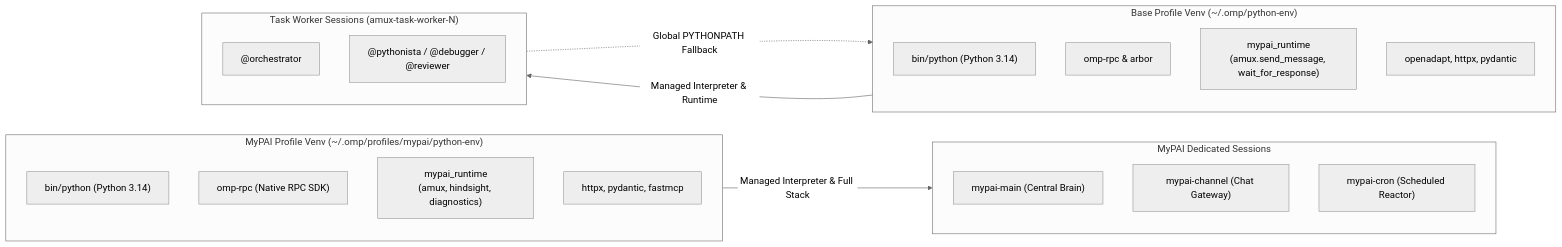
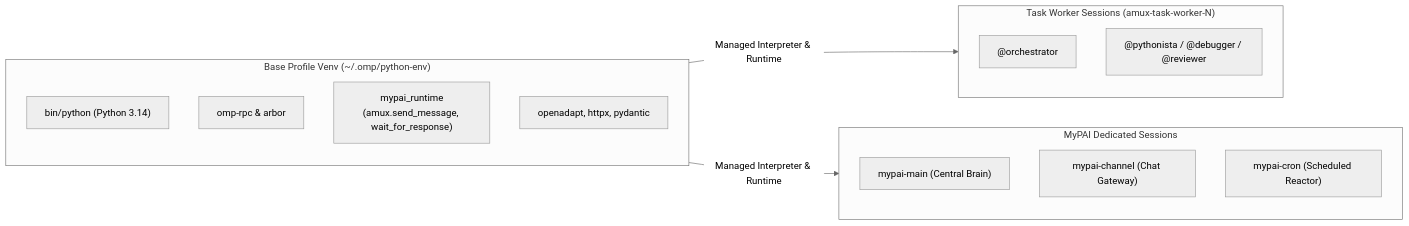
One commit to wuxxin/mypai changed the second of 2 diagrams in references/mypai-spec.md. Above: the diagram before and after it, drawn with Mermaid (neutral theme). The commit also changed other lines of this file and 10 other files, not shown here.

First line of the commit message:
Rename sessions to mypai-{channel,main,cron} and drop legacy profile layout

````diff
--- a/references/mypai-spec.md
+++ b/references/mypai-spec.md
@@ -119,35 +118,26 @@
 ```mermaid
 flowchart LR
     subgraph BaseEnv["Base Profile Venv (~/.omp/python-env)"]
         direction TB
         B_Py["bin/python (Python 3.14)"]
         B_Rpc["omp-rpc & arbor"]
         B_Run["mypai_runtime<br/>(amux.send_message, wait_for_response)"]
         B_Pkgs["openadapt, httpx, pydantic"]
-    end
-
-    subgraph ProfileEnv["MyPAI Profile Venv (~/.omp/profiles/mypai/python-env)"]
-        direction TB
-        P_Py["bin/python (Python 3.14)"]
-        P_Rpc["omp-rpc (Native RPC SDK)"]
-        P_Run["mypai_runtime<br/>(amux, hindsight, diagnostics)"]
-        P_Pkgs["httpx, pydantic, fastmcp"]
     end
 
     subgraph TaskWorkers["Task Worker Sessions (amux-task-worker-N)"]
         direction TB
         TW1["@orchestrator"]
         TW2["@pythonista / @debugger / @reviewer"]
     end
 
     subgraph CoreSessions["MyPAI Dedicated Sessions"]
         direction TB
         CS1["mypai-main (Central Brain)"]
         CS2["mypai-channel (Chat Gateway)"]
         CS3["mypai-cron (Scheduled Reactor)"]
     end
 
     BaseEnv -->|"Managed Interpreter & Runtime"| TaskWorkers
-    ProfileEnv -->|"Managed Interpreter & Full Stack"| CoreSessions
-    TaskWorkers -.->|"Global PYTHONPATH Fallback"| B_Run
+    BaseEnv -->|"Managed Interpreter & Runtime"| CoreSessions
 ```
````
